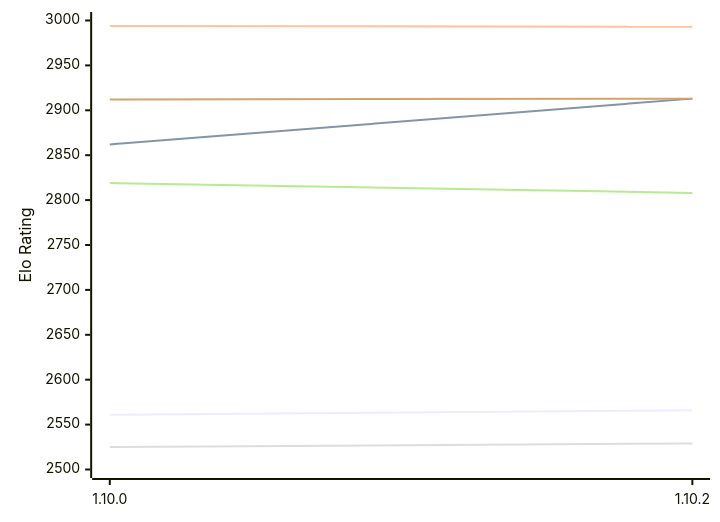
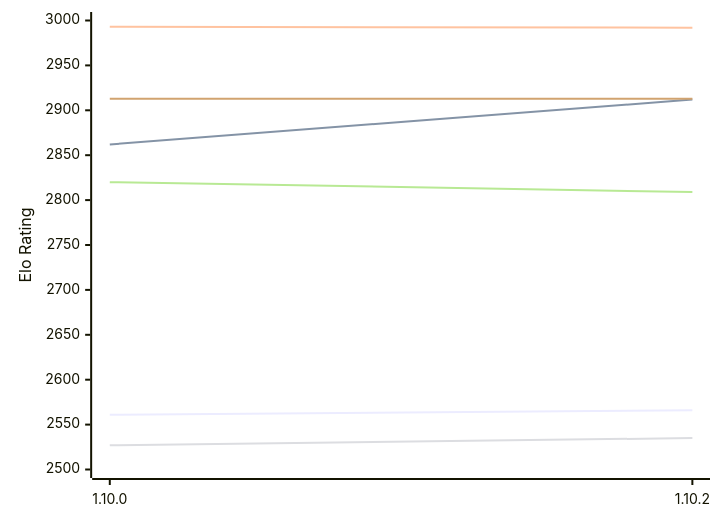
The first of 2 diagrams in engines/Basilisk.md (computer-chess-index/cci), drawn with Mermaid before and after one commit. The commit also changed other lines of this file, not shown here.

Commit message:
Update CCI Ratings (ELO VLTC) - 2026-11-19

````diff
--- a/engines/Basilisk.md
+++ b/engines/Basilisk.md
@@ -61,12 +61,12 @@
 ```mermaid
 %%{init: {"theme":"base","themeVariables":{"seriesColors:['#a3a3a3','#222221','#faa371']}}}%%
 xychart-beta
   x-axis ["1.10.0", "1.10.2"]
   y-axis "Elo Rating" 2500 --> 3000
   line "E1: STC (8.0+0.08s)" [2561, 2566]
-  line "E1: LTC (60.0+0.60s)" [2862, 2913]
-  line "E1: VLTC (2m24s+1.12s)" [2994, 2993]
-  line "P1: STC (8.0+0.08s)" [2525, 2529]
-  line "P1: LTC (60.0+0.60s)" [2819, 2808]
-  line "P1: VLTC (2m24s+1.12s)" [2912, 2913]
+  line "E1: LTC (60.0+0.60s)" [2862, 2912]
+  line "E1: VLTC (2m24s+1.12s)" [2993, 2992]
+  line "P1: STC (8.0+0.08s)" [2527, 2535]
+  line "P1: LTC (60.0+0.60s)" [2820, 2809]
+  line "P1: VLTC (2m24s+1.12s)" [2913, 2913]
 ```
````
